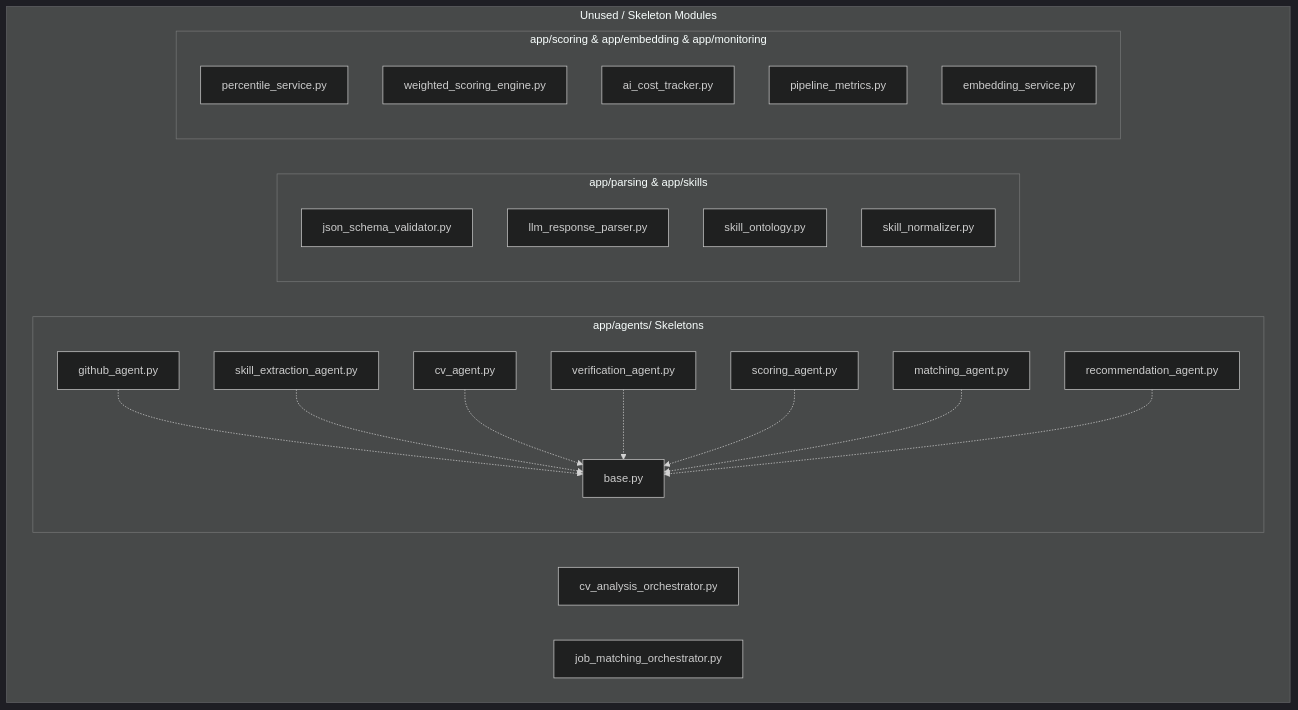
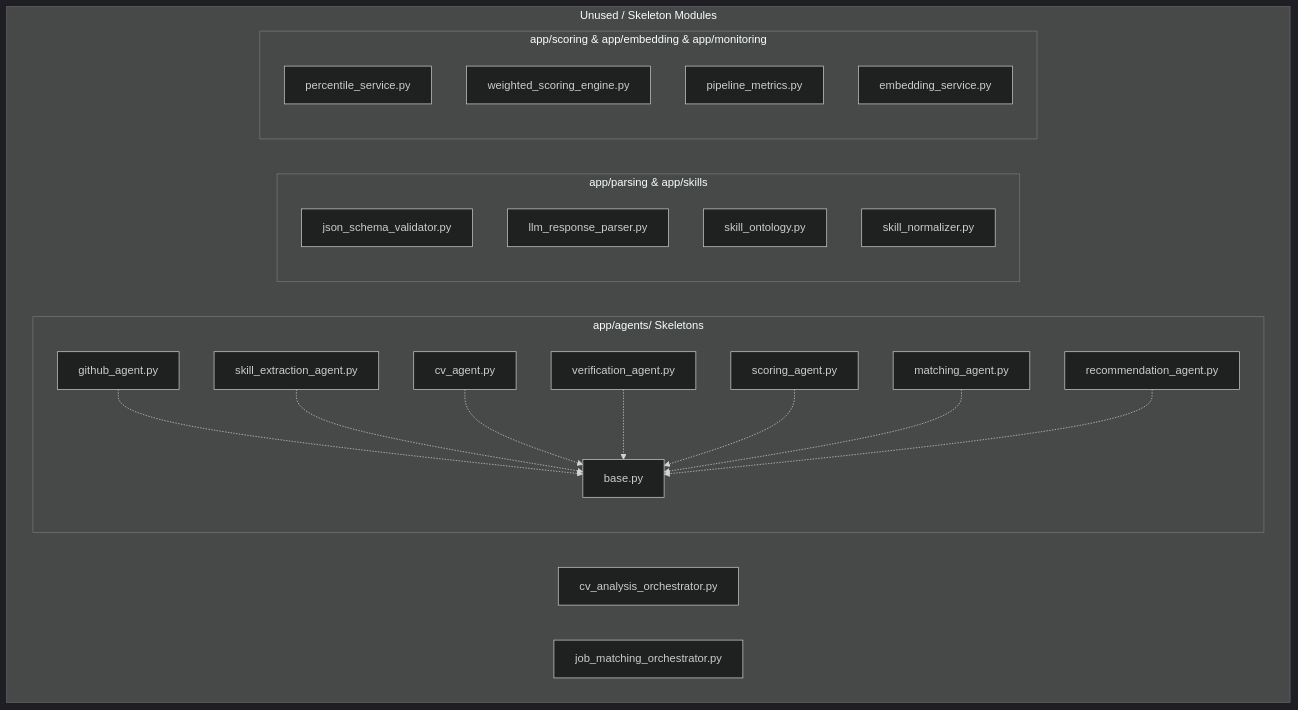
The second of 2 diagrams in CVerify.AI/docs/ai-observability/12-dependency-graph.md (Kaivian/CVerify), drawn with Mermaid (dark theme) before and after one commit. The commit also changed other lines of this file and 17 other files, not shown here.

First line of the commit message:
﻿docs(observability): update CVerify.AI docs for discrete task pipeline and v2 schema

````diff
--- a/CVerify.AI/docs/ai-observability/12-dependency-graph.md
+++ b/CVerify.AI/docs/ai-observability/12-dependency-graph.md
@@ -57,41 +62,40 @@
 ```mermaid
 graph TD
     subgraph Skeletons [Unused / Skeleton Modules]
         CV_Orch[cv_analysis_orchestrator.py]
         Match_Orch[job_matching_orchestrator.py]
         
         subgraph Agents [app/agents/ Skeletons]
             BaseAgent[base.py]
             GitHubAgent[github_agent.py]
             SkillAgent[skill_extraction_agent.py]
             CvAgent[cv_agent.py]
             VerifyAgent[verification_agent.py]
             ScoringAgent[scoring_agent.py]
             MatchingAgent[matching_agent.py]
             RecAgent[recommendation_agent.py]
         end
         
         subgraph UnusedUtils [app/parsing & app/skills]
             JSONSchema[json_schema_validator.py]
             LLMParser[llm_response_parser.py]
             SkillOnt[skill_ontology.py]
             SkillNorm[skill_normalizer.py]
         end
 
         subgraph UnusedServices [app/scoring & app/embedding & app/monitoring]
             Percentile[percentile_service.py]
             Weighted[weighted_scoring_engine.py]
-            CostTrack[ai_cost_tracker.py]
             Metrics[pipeline_metrics.py]
             EmbedSvc[embedding_service.py]
         end
     end
 
     GitHubAgent -.-> BaseAgent
     SkillAgent -.-> BaseAgent
     CvAgent -.-> BaseAgent
     VerifyAgent -.-> BaseAgent
     ScoringAgent -.-> BaseAgent
     MatchingAgent -.-> BaseAgent
     RecAgent -.-> BaseAgent
 ```
````
